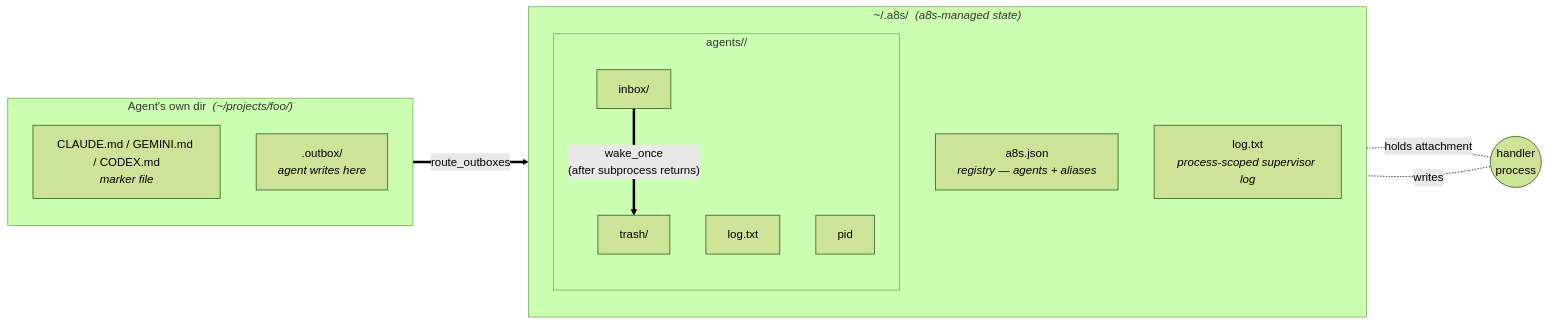
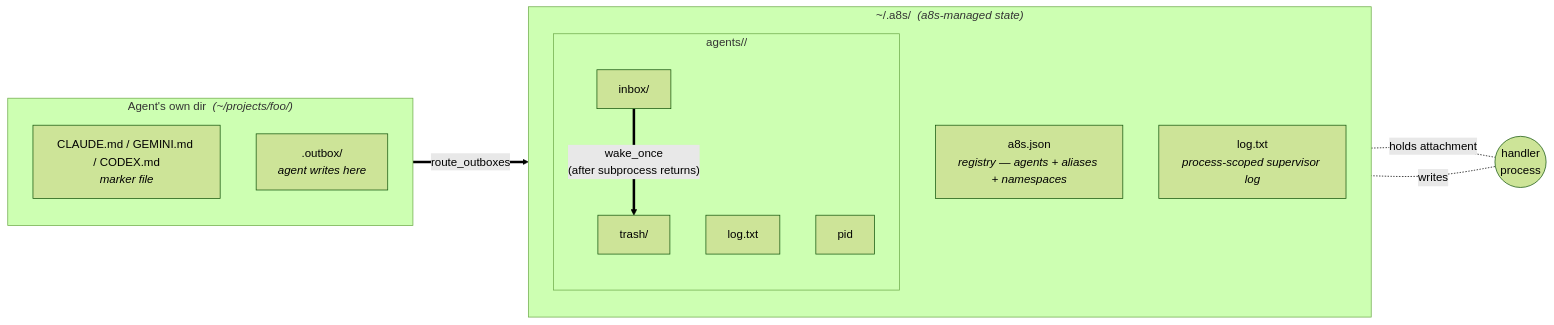
The diagram in apps/a8s/README.md (neilobremski/bin), drawn with Mermaid (forest theme) before and after one commit. The commit also changed other lines of this file and 31 other files, not shown here.

````diff
--- a/apps/a8s/README.md
+++ b/apps/a8s/README.md
@@ -20,28 +20,28 @@
 ```mermaid
 flowchart LR
     subgraph A["Agent's own dir  <i>(~/projects/foo/)</i>"]
         direction TB
         marker["CLAUDE.md / GEMINI.md / CODEX.md<br/><i>marker file</i>"]
         outbox[".outbox/<br/><i>agent writes here</i>"]
     end
 
     subgraph H["~/.a8s/  <i>(a8s-managed state)</i>"]
         direction TB
-        reg["a8s.json<br/><i>registry — agents + aliases</i>"]
+        reg["a8s.json<br/><i>registry — agents + aliases + namespaces</i>"]
         slog["log.txt<br/><i>process-scoped supervisor log</i>"]
         subgraph AG["agents/<NAME>/"]
             direction TB
             ib["inbox/"]
             tr["trash/"]
             alog["log.txt"]
             pid["pid"]
         end
     end
 
     handler(("handler<br/>process"))
 
     outbox ==>|"route_outboxes"| ib
     ib ==>|"wake_once<br/>(after subprocess returns)"| tr
     pid -.-|"holds attachment"| handler
     handler -.-|"writes"| alog
 ```
````
